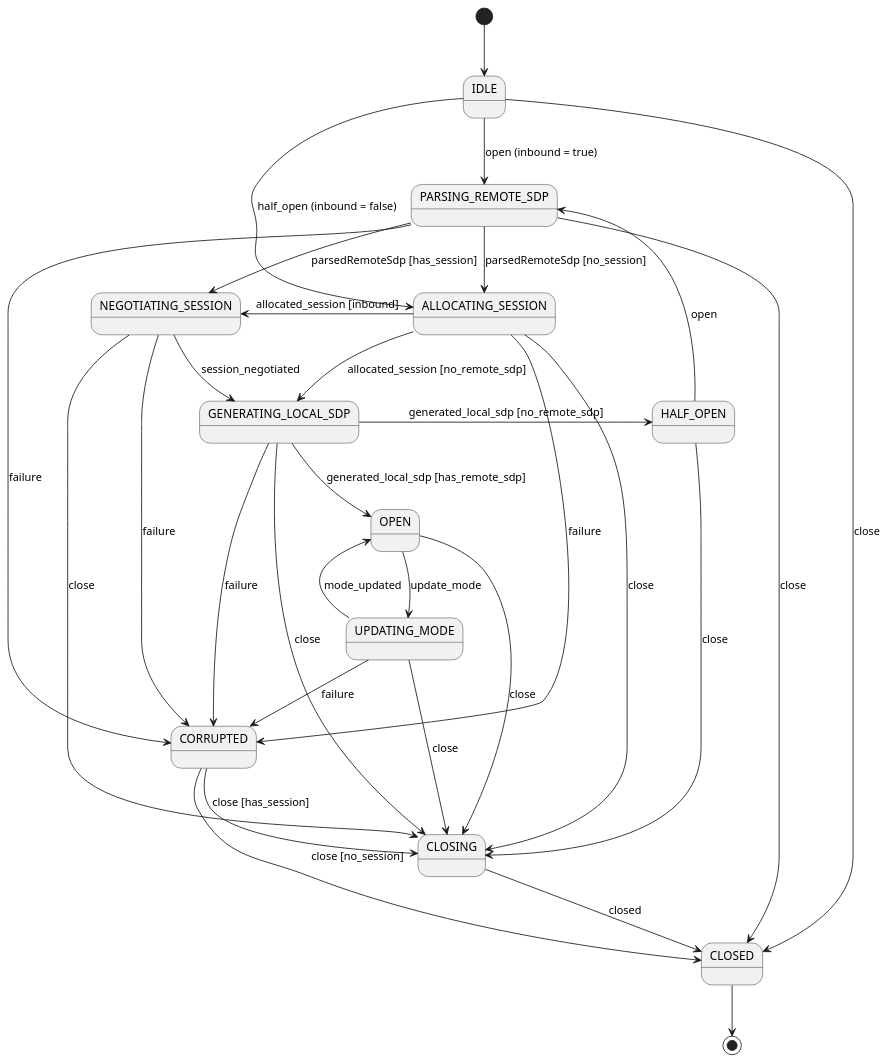
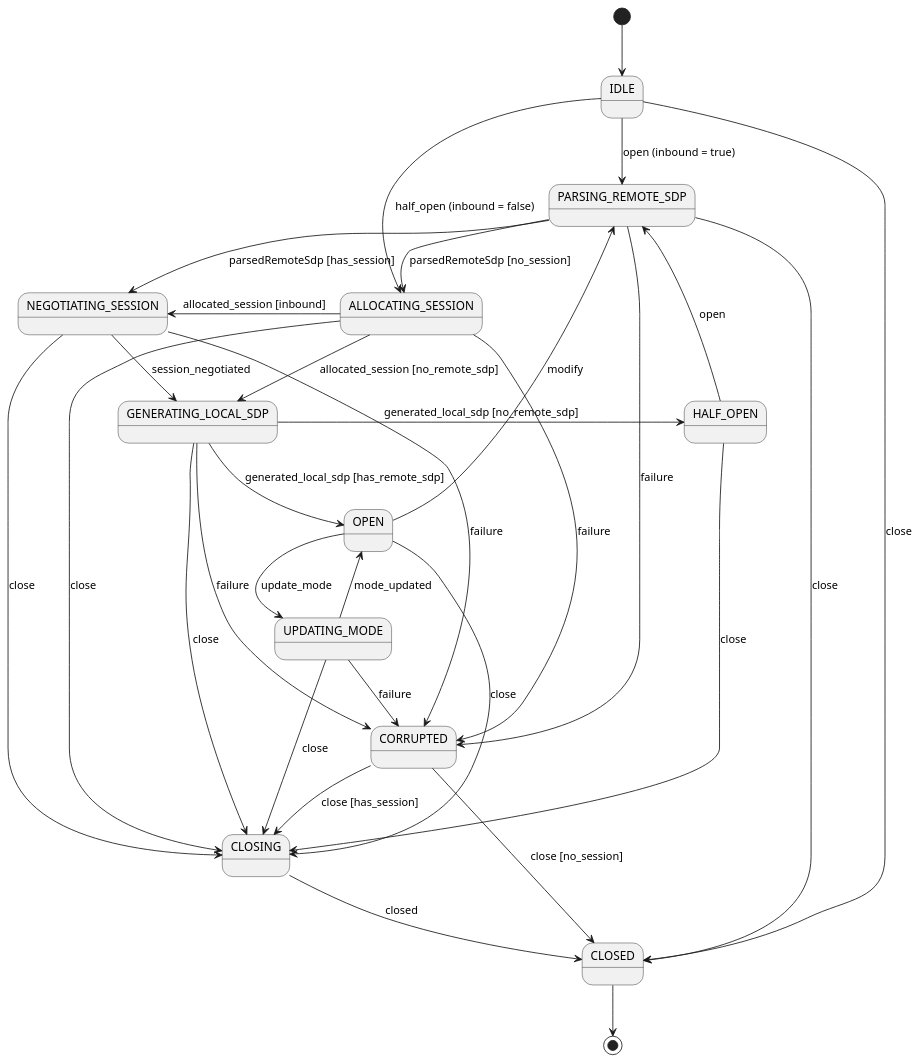
One commit to RestComm/media-core changed the diagram in architecture-diagrams/rtp/rtp-connection-state.puml. Above: the diagram before and after it, drawn with PlantUML.

Commit message:
#450 Update state diagram to include session re-negotiation.

```diff
--- a/architecture-diagrams/rtp/rtp-connection-state.puml
+++ b/architecture-diagrams/rtp/rtp-connection-state.puml
@@ -1,38 +1,39 @@
 @startuml
 [*] --> IDLE
 IDLE --> PARSING_REMOTE_SDP : open (inbound = true)
 IDLE --> ALLOCATING_SESSION : half_open (inbound = false)
 IDLE --> CLOSED : close
 
 PARSING_REMOTE_SDP --> ALLOCATING_SESSION : parsedRemoteSdp [no_session]
 PARSING_REMOTE_SDP --> NEGOTIATING_SESSION : parsedRemoteSdp [has_session]
 ALLOCATING_SESSION -left> NEGOTIATING_SESSION : allocated_session [inbound]
 ALLOCATING_SESSION --> GENERATING_LOCAL_SDP : allocated_session [no_remote_sdp]
 NEGOTIATING_SESSION --> GENERATING_LOCAL_SDP : session_negotiated
 GENERATING_LOCAL_SDP --> OPEN : generated_local_sdp [has_remote_sdp]
 GENERATING_LOCAL_SDP -> HALF_OPEN : generated_local_sdp [no_remote_sdp]
 
 HALF_OPEN -up-> PARSING_REMOTE_SDP : open
 
 OPEN --> UPDATING_MODE : update_mode
+OPEN -up-> PARSING_REMOTE_SDP : modify
 UPDATING_MODE --> OPEN : mode_updated
 UPDATING_MODE --> CLOSING : close
 UPDATING_MODE --> CORRUPTED : failure
 
 PARSING_REMOTE_SDP --> CORRUPTED : failure
 ALLOCATING_SESSION --> CORRUPTED : failure
 NEGOTIATING_SESSION --> CORRUPTED : failure
 GENERATING_LOCAL_SDP -> CORRUPTED : failure
 
 PARSING_REMOTE_SDP --> CLOSED : close
 ALLOCATING_SESSION --> CLOSING : close
 NEGOTIATING_SESSION --> CLOSING : close
 GENERATING_LOCAL_SDP -> CLOSING : close
 HALF_OPEN --> CLOSING : close
 OPEN --> CLOSING : close
 CORRUPTED --> CLOSING : close [has_session]
 CORRUPTED --> CLOSED : close [no_session]
 
 CLOSING --> CLOSED : closed
 CLOSED --> [*]
 @enduml
```
